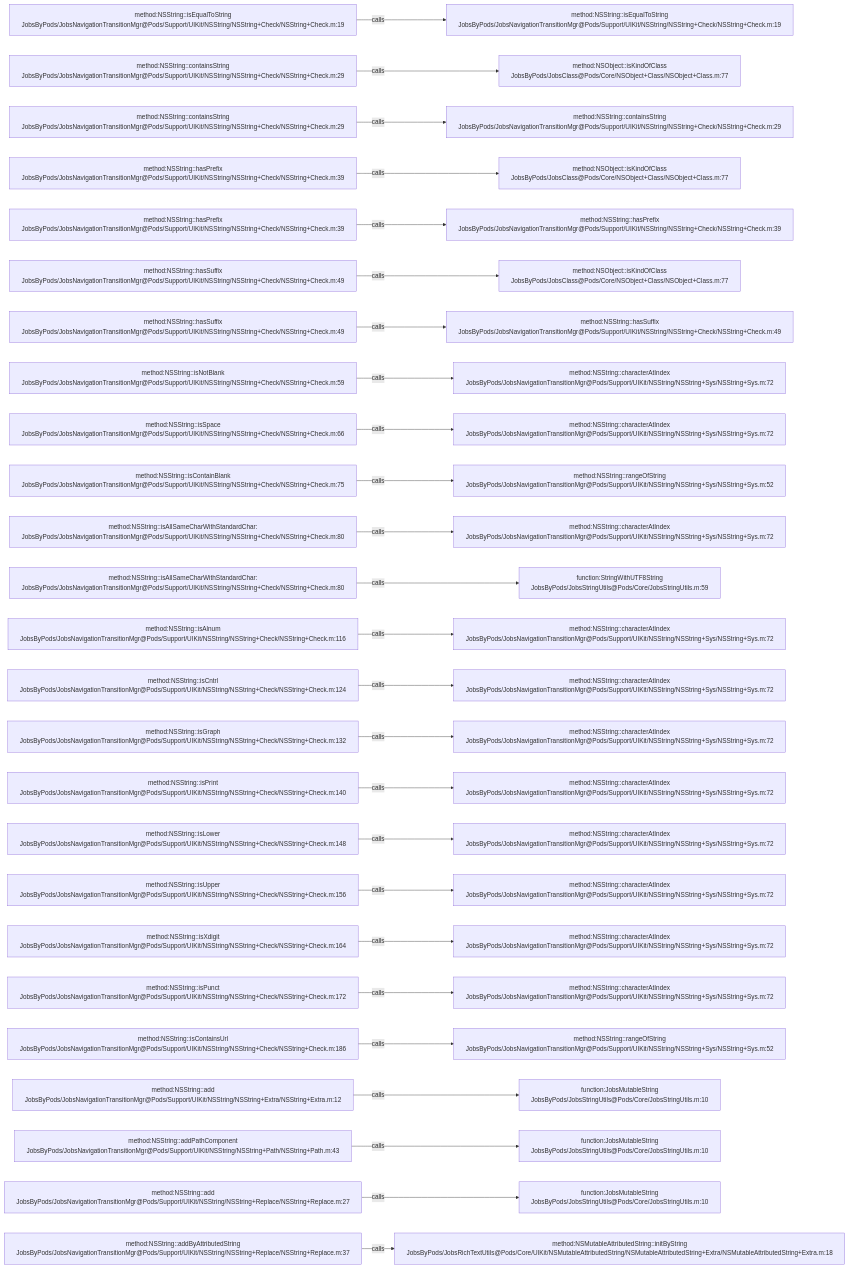
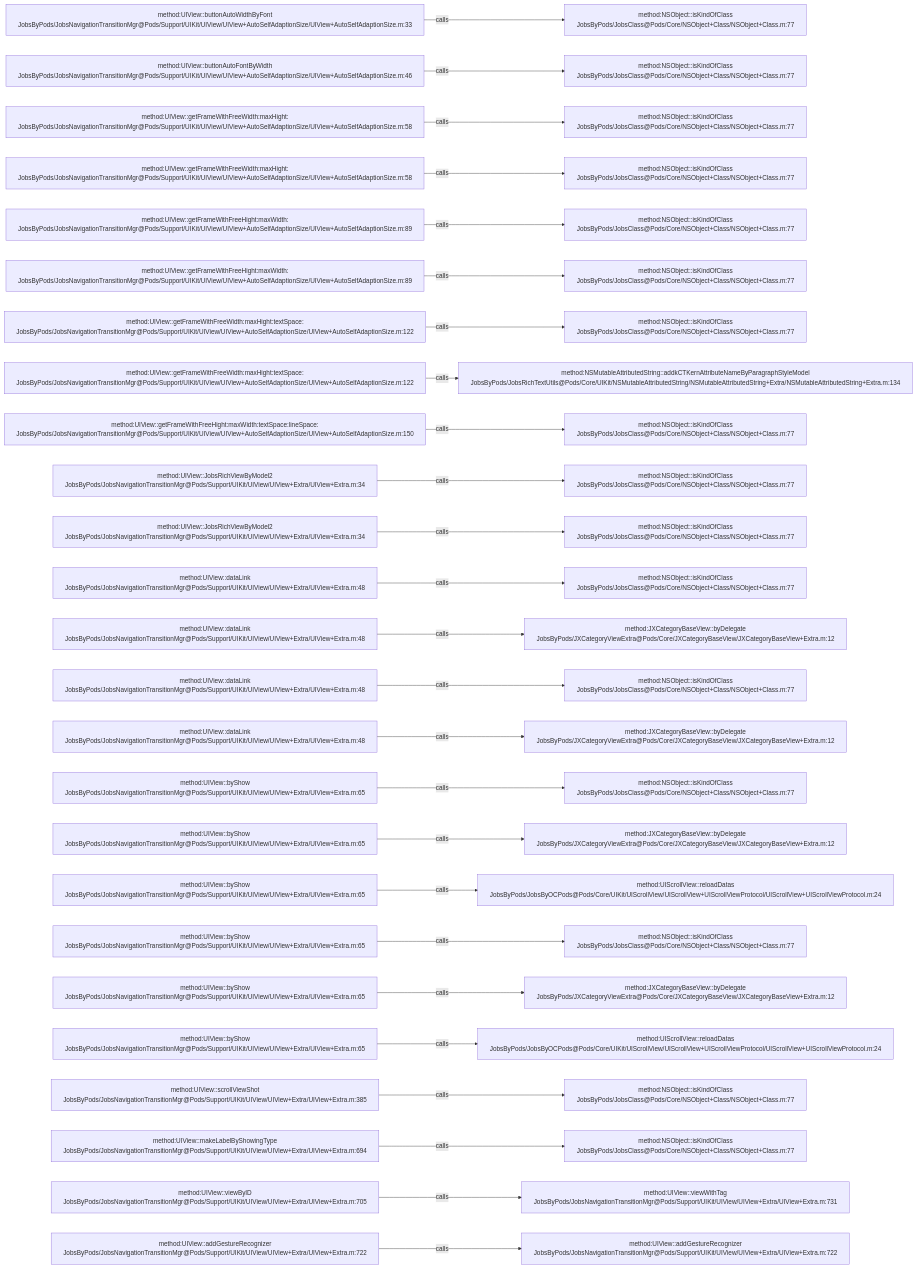
Before and after one commit to JobsKits/JobsOCBaseConfigDemo: the diagram in .codegraph/codegraph.md/graphs/calls-131.md, drawn with Mermaid. The commit also changed 639 other files, not shown here.

````diff
--- a/.codegraph/codegraph.md/graphs/calls-131.md
+++ b/.codegraph/codegraph.md/graphs/calls-131.md
@@ -13,78 +13,78 @@
 ```mermaid
 flowchart LR
-  S1["method:NSString::isEqualToString<br/>JobsByPods/JobsNavigationTransitionMgr@Pods/Support/UIKit/NSString/NSString+Check/NSString+Check.m:19"]
-  T1["method:NSString::isEqualToString<br/>JobsByPods/JobsNavigationTransitionMgr@Pods/Support/UIKit/NSString/NSString+Check/NSString+Check.m:19"]
+  S1["method:UIView::buttonAutoWidthByFont<br/>JobsByPods/JobsNavigationTransitionMgr@Pods/Support/UIKit/UIView/UIView+AutoSelfAdaptionSize/UIView+AutoSelfAdaptionSize.m:33"]
+  T1["method:NSObject::isKindOfClass<br/>JobsByPods/JobsClass@Pods/Core/NSObject+Class/NSObject+Class.m:77"]
   S1 -->|calls| T1
-  S2["method:NSString::containsString<br/>JobsByPods/JobsNavigationTransitionMgr@Pods/Support/UIKit/NSString/NSString+Check/NSString+Check.m:29"]
+  S2["method:UIView::buttonAutoFontByWidth<br/>JobsByPods/JobsNavigationTransitionMgr@Pods/Support/UIKit/UIView/UIView+AutoSelfAdaptionSize/UIView+AutoSelfAdaptionSize.m:46"]
   T2["method:NSObject::isKindOfClass<br/>JobsByPods/JobsClass@Pods/Core/NSObject+Class/NSObject+Class.m:77"]
   S2 -->|calls| T2
-  S3["method:NSString::containsString<br/>JobsByPods/JobsNavigationTransitionMgr@Pods/Support/UIKit/NSString/NSString+Check/NSString+Check.m:29"]
-  T3["method:NSString::containsString<br/>JobsByPods/JobsNavigationTransitionMgr@Pods/Support/UIKit/NSString/NSString+Check/NSString+Check.m:29"]
+  S3["method:UIView::getFrameWithFreeWidth:maxHight:<br/>JobsByPods/JobsNavigationTransitionMgr@Pods/Support/UIKit/UIView/UIView+AutoSelfAdaptionSize/UIView+AutoSelfAdaptionSize.m:58"]
+  T3["method:NSObject::isKindOfClass<br/>JobsByPods/JobsClass@Pods/Core/NSObject+Class/NSObject+Class.m:77"]
   S3 -->|calls| T3
-  S4["method:NSString::hasPrefix<br/>JobsByPods/JobsNavigationTransitionMgr@Pods/Support/UIKit/NSString/NSString+Check/NSString+Check.m:39"]
+  S4["method:UIView::getFrameWithFreeWidth:maxHight:<br/>JobsByPods/JobsNavigationTransitionMgr@Pods/Support/UIKit/UIView/UIView+AutoSelfAdaptionSize/UIView+AutoSelfAdaptionSize.m:58"]
   T4["method:NSObject::isKindOfClass<br/>JobsByPods/JobsClass@Pods/Core/NSObject+Class/NSObject+Class.m:77"]
   S4 -->|calls| T4
-  S5["method:NSString::hasPrefix<br/>JobsByPods/JobsNavigationTransitionMgr@Pods/Support/UIKit/NSString/NSString+Check/NSString+Check.m:39"]
-  T5["method:NSString::hasPrefix<br/>JobsByPods/JobsNavigationTransitionMgr@Pods/Support/UIKit/NSString/NSString+Check/NSString+Check.m:39"]
+  S5["method:UIView::getFrameWithFreeHight:maxWidth:<br/>JobsByPods/JobsNavigationTransitionMgr@Pods/Support/UIKit/UIView/UIView+AutoSelfAdaptionSize/UIView+AutoSelfAdaptionSize.m:89"]
+  T5["method:NSObject::isKindOfClass<br/>JobsByPods/JobsClass@Pods/Core/NSObject+Class/NSObject+Class.m:77"]
   S5 -->|calls| T5
-  S6["method:NSString::hasSuffix<br/>JobsByPods/JobsNavigationTransitionMgr@Pods/Support/UIKit/NSString/NSString+Check/NSString+Check.m:49"]
+  S6["method:UIView::getFrameWithFreeHight:maxWidth:<br/>JobsByPods/JobsNavigationTransitionMgr@Pods/Support/UIKit/UIView/UIView+AutoSelfAdaptionSize/UIView+AutoSelfAdaptionSize.m:89"]
   T6["method:NSObject::isKindOfClass<br/>JobsByPods/JobsClass@Pods/Core/NSObject+Class/NSObject+Class.m:77"]
   S6 -->|calls| T6
-  S7["method:NSString::hasSuffix<br/>JobsByPods/JobsNavigationTransitionMgr@Pods/Support/UIKit/NSString/NSString+Check/NSString+Check.m:49"]
-  T7["method:NSString::hasSuffix<br/>JobsByPods/JobsNavigationTransitionMgr@Pods/Support/UIKit/NSString/NSString+Check/NSString+Check.m:49"]
+  S7["method:UIView::getFrameWithFreeWidth:maxHight:textSpace:<br/>JobsByPods/JobsNavigationTransitionMgr@Pods/Support/UIKit/UIView/UIView+AutoSelfAdaptionSize/UIView+AutoSelfAdaptionSize.m:122"]
+  T7["method:NSObject::isKindOfClass<br/>JobsByPods/JobsClass@Pods/Core/NSObject+Class/NSObject+Class.m:77"]
   S7 -->|calls| T7
-  S8["method:NSString::isNotBlank<br/>JobsByPods/JobsNavigationTransitionMgr@Pods/Support/UIKit/NSString/NSString+Check/NSString+Check.m:59"]
-  T8["method:NSString::characterAtIndex<br/>JobsByPods/JobsNavigationTransitionMgr@Pods/Support/UIKit/NSString/NSString+Sys/NSString+Sys.m:72"]
+  S8["method:UIView::getFrameWithFreeWidth:maxHight:textSpace:<br/>JobsByPods/JobsNavigationTransitionMgr@Pods/Support/UIKit/UIView/UIView+AutoSelfAdaptionSize/UIView+AutoSelfAdaptionSize.m:122"]
+  T8["method:NSMutableAttributedString::addkCTKernAttributeNameByParagraphStyleModel<br/>JobsByPods/JobsRichTextUtils@Pods/Core/UIKit/NSMutableAttributedString/NSMutableAttributedString+Extra/NSMutableAttributedString+Extra.m:134"]
   S8 -->|calls| T8
-  S9["method:NSString::isSpace<br/>JobsByPods/JobsNavigationTransitionMgr@Pods/Support/UIKit/NSString/NSString+Check/NSString+Check.m:66"]
-  T9["method:NSString::characterAtIndex<br/>JobsByPods/JobsNavigationTransitionMgr@Pods/Support/UIKit/NSString/NSString+Sys/NSString+Sys.m:72"]
+  S9["method:UIView::getFrameWithFreeHight:maxWidth:textSpace:lineSpace:<br/>JobsByPods/JobsNavigationTransitionMgr@Pods/Support/UIKit/UIView/UIView+AutoSelfAdaptionSize/UIView+AutoSelfAdaptionSize.m:150"]
+  T9["method:NSObject::isKindOfClass<br/>JobsByPods/JobsClass@Pods/Core/NSObject+Class/NSObject+Class.m:77"]
   S9 -->|calls| T9
-  S10["method:NSString::isContainBlank<br/>JobsByPods/JobsNavigationTransitionMgr@Pods/Support/UIKit/NSString/NSString+Check/NSString+Check.m:75"]
-  T10["method:NSString::rangeOfString<br/>JobsByPods/JobsNavigationTransitionMgr@Pods/Support/UIKit/NSString/NSString+Sys/NSString+Sys.m:52"]
+  S10["method:UIView::JobsRichViewByModel2<br/>JobsByPods/JobsNavigationTransitionMgr@Pods/Support/UIKit/UIView/UIView+Extra/UIView+Extra.m:34"]
+  T10["method:NSObject::isKindOfClass<br/>JobsByPods/JobsClass@Pods/Core/NSObject+Class/NSObject+Class.m:77"]
   S10 -->|calls| T10
-  S11["method:NSString::isAllSameCharWithStandardChar:<br/>JobsByPods/JobsNavigationTransitionMgr@Pods/Support/UIKit/NSString/NSString+Check/NSString+Check.m:80"]
-  T11["method:NSString::characterAtIndex<br/>JobsByPods/JobsNavigationTransitionMgr@Pods/Support/UIKit/NSString/NSString+Sys/NSString+Sys.m:72"]
+  S11["method:UIView::JobsRichViewByModel2<br/>JobsByPods/JobsNavigationTransitionMgr@Pods/Support/UIKit/UIView/UIView+Extra/UIView+Extra.m:34"]
+  T11["method:NSObject::isKindOfClass<br/>JobsByPods/JobsClass@Pods/Core/NSObject+Class/NSObject+Class.m:77"]
   S11 -->|calls| T11
-  S12["method:NSString::isAllSameCharWithStandardChar:<br/>JobsByPods/JobsNavigationTransitionMgr@Pods/Support/UIKit/NSString/NSString+Check/NSString+Check.m:80"]
-  T12["function:StringWithUTF8String<br/>JobsByPods/JobsStringUtils@Pods/Core/JobsStringUtils.m:59"]
+  S12["method:UIView::dataLink<br/>JobsByPods/JobsNavigationTransitionMgr@Pods/Support/UIKit/UIView/UIView+Extra/UIView+Extra.m:48"]
+  T12["method:NSObject::isKindOfClass<br/>JobsByPods/JobsClass@Pods/Core/NSObject+Class/NSObject+Class.m:77"]
   S12 -->|calls| T12
-  S13["method:NSString::isAlnum<br/>JobsByPods/JobsNavigationTransitionMgr@Pods/Support/UIKit/NSString/NSString+Check/NSString+Check.m:116"]
-  T13["method:NSString::characterAtIndex<br/>JobsByPods/JobsNavigationTransitionMgr@Pods/Support/UIKit/NSString/NSString+Sys/NSString+Sys.m:72"]
+  S13["method:UIView::dataLink<br/>JobsByPods/JobsNavigationTransitionMgr@Pods/Support/UIKit/UIView/UIView+Extra/UIView+Extra.m:48"]
+  T13["method:JXCategoryBaseView::byDelegate<br/>JobsByPods/JXCategoryViewExtra@Pods/Core/JXCategoryBaseView/JXCategoryBaseView+Extra.m:12"]
   S13 -->|calls| T13
-  S14["method:NSString::isCntrl<br/>JobsByPods/JobsNavigationTransitionMgr@Pods/Support/UIKit/NSString/NSString+Check/NSString+Check.m:124"]
-  T14["method:NSString::characterAtIndex<br/>JobsByPods/JobsNavigationTransitionMgr@Pods/Support/UIKit/NSString/NSString+Sys/NSString+Sys.m:72"]
+  S14["method:UIView::dataLink<br/>JobsByPods/JobsNavigationTransitionMgr@Pods/Support/UIKit/UIView/UIView+Extra/UIView+Extra.m:48"]
+  T14["method:NSObject::isKindOfClass<br/>JobsByPods/JobsClass@Pods/Core/NSObject+Class/NSObject+Class.m:77"]
   S14 -->|calls| T14
-  S15["method:NSString::isGraph<br/>JobsByPods/JobsNavigationTransitionMgr@Pods/Support/UIKit/NSString/NSString+Check/NSString+Check.m:132"]
-  T15["method:NSString::characterAtIndex<br/>JobsByPods/JobsNavigationTransitionMgr@Pods/Support/UIKit/NSString/NSString+Sys/NSString+Sys.m:72"]
+  S15["method:UIView::dataLink<br/>JobsByPods/JobsNavigationTransitionMgr@Pods/Support/UIKit/UIView/UIView+Extra/UIView+Extra.m:48"]
+  T15["method:JXCategoryBaseView::byDelegate<br/>JobsByPods/JXCategoryViewExtra@Pods/Core/JXCategoryBaseView/JXCategoryBaseView+Extra.m:12"]
   S15 -->|calls| T15
-  S16["method:NSString::isPrint<br/>JobsByPods/JobsNavigationTransitionMgr@Pods/Support/UIKit/NSString/NSString+Check/NSString+Check.m:140"]
-  T16["method:NSString::characterAtIndex<br/>JobsByPods/JobsNavigationTransitionMgr@Pods/Support/UIKit/NSString/NSString+Sys/NSString+Sys.m:72"]
+  S16["method:UIView::byShow<br/>JobsByPods/JobsNavigationTransitionMgr@Pods/Support/UIKit/UIView/UIView+Extra/UIView+Extra.m:65"]
+  T16["method:NSObject::isKindOfClass<br/>JobsByPods/JobsClass@Pods/Core/NSObject+Class/NSObject+Class.m:77"]
   S16 -->|calls| T16
-  S17["method:NSString::isLower<br/>JobsByPods/JobsNavigationTransitionMgr@Pods/Support/UIKit/NSString/NSString+Check/NSString+Check.m:148"]
-  T17["method:NSString::characterAtIndex<br/>JobsByPods/JobsNavigationTransitionMgr@Pods/Support/UIKit/NSString/NSString+Sys/NSString+Sys.m:72"]
+  S17["method:UIView::byShow<br/>JobsByPods/JobsNavigationTransitionMgr@Pods/Support/UIKit/UIView/UIView+Extra/UIView+Extra.m:65"]
+  T17["method:JXCategoryBaseView::byDelegate<br/>JobsByPods/JXCategoryViewExtra@Pods/Core/JXCategoryBaseView/JXCategoryBaseView+Extra.m:12"]
   S17 -->|calls| T17
-  S18["method:NSString::isUpper<br/>JobsByPods/JobsNavigationTransitionMgr@Pods/Support/UIKit/NSString/NSString+Check/NSString+Check.m:156"]
-  T18["method:NSString::characterAtIndex<br/>JobsByPods/JobsNavigationTransitionMgr@Pods/Support/UIKit/NSString/NSString+Sys/NSString+Sys.m:72"]
+  S18["method:UIView::byShow<br/>JobsByPods/JobsNavigationTransitionMgr@Pods/Support/UIKit/UIView/UIView+Extra/UIView+Extra.m:65"]
+  T18["method:UIScrollView::reloadDatas<br/>JobsByPods/JobsByOCPods@Pods/Core/UIKit/UIScrollView/UIScrollView+UIScrollViewProtocol/UIScrollView+UIScrollViewProtocol.m:24"]
   S18 -->|calls| T18
-  S19["method:NSString::isXdigit<br/>JobsByPods/JobsNavigationTransitionMgr@Pods/Support/UIKit/NSString/NSString+Check/NSString+Check.m:164"]
-  T19["method:NSString::characterAtIndex<br/>JobsByPods/JobsNavigationTransitionMgr@Pods/Support/UIKit/NSString/NSString+Sys/NSString+Sys.m:72"]
+  S19["method:UIView::byShow<br/>JobsByPods/JobsNavigationTransitionMgr@Pods/Support/UIKit/UIView/UIView+Extra/UIView+Extra.m:65"]
+  T19["method:NSObject::isKindOfClass<br/>JobsByPods/JobsClass@Pods/Core/NSObject+Class/NSObject+Class.m:77"]
   S19 -->|calls| T19
-  S20["method:NSString::isPunct<br/>JobsByPods/JobsNavigationTransitionMgr@Pods/Support/UIKit/NSString/NSString+Check/NSString+Check.m:172"]
-  T20["method:NSString::characterAtIndex<br/>JobsByPods/JobsNavigationTransitionMgr@Pods/Support/UIKit/NSString/NSString+Sys/NSString+Sys.m:72"]
+  S20["method:UIView::byShow<br/>JobsByPods/JobsNavigationTransitionMgr@Pods/Support/UIKit/UIView/UIView+Extra/UIView+Extra.m:65"]
+  T20["method:JXCategoryBaseView::byDelegate<br/>JobsByPods/JXCategoryViewExtra@Pods/Core/JXCategoryBaseView/JXCategoryBaseView+Extra.m:12"]
   S20 -->|calls| T20
-  S21["method:NSString::isContainsUrl<br/>JobsByPods/JobsNavigationTransitionMgr@Pods/Support/UIKit/NSString/NSString+Check/NSString+Check.m:186"]
-  T21["method:NSString::rangeOfString<br/>JobsByPods/JobsNavigationTransitionMgr@Pods/Support/UIKit/NSString/NSString+Sys/NSString+Sys.m:52"]
+  S21["method:UIView::byShow<br/>JobsByPods/JobsNavigationTransitionMgr@Pods/Support/UIKit/UIView/UIView+Extra/UIView+Extra.m:65"]
+  T21["method:UIScrollView::reloadDatas<br/>JobsByPods/JobsByOCPods@Pods/Core/UIKit/UIScrollView/UIScrollView+UIScrollViewProtocol/UIScrollView+UIScrollViewProtocol.m:24"]
   S21 -->|calls| T21
-  S22["method:NSString::add<br/>JobsByPods/JobsNavigationTransitionMgr@Pods/Support/UIKit/NSString/NSString+Extra/NSString+Extra.m:12"]
-  T22["function:JobsMutableString<br/>JobsByPods/JobsStringUtils@Pods/Core/JobsStringUtils.m:10"]
+  S22["method:UIView::scrollViewShot<br/>JobsByPods/JobsNavigationTransitionMgr@Pods/Support/UIKit/UIView/UIView+Extra/UIView+Extra.m:385"]
+  T22["method:NSObject::isKindOfClass<br/>JobsByPods/JobsClass@Pods/Core/NSObject+Class/NSObject+Class.m:77"]
   S22 -->|calls| T22
-  S23["method:NSString::addPathComponent<br/>JobsByPods/JobsNavigationTransitionMgr@Pods/Support/UIKit/NSString/NSString+Path/NSString+Path.m:43"]
-  T23["function:JobsMutableString<br/>JobsByPods/JobsStringUtils@Pods/Core/JobsStringUtils.m:10"]
+  S23["method:UIView::makeLabelByShowingType<br/>JobsByPods/JobsNavigationTransitionMgr@Pods/Support/UIKit/UIView/UIView+Extra/UIView+Extra.m:694"]
+  T23["method:NSObject::isKindOfClass<br/>JobsByPods/JobsClass@Pods/Core/NSObject+Class/NSObject+Class.m:77"]
   S23 -->|calls| T23
-  S24["method:NSString::add<br/>JobsByPods/JobsNavigationTransitionMgr@Pods/Support/UIKit/NSString/NSString+Replace/NSString+Replace.m:27"]
-  T24["function:JobsMutableString<br/>JobsByPods/JobsStringUtils@Pods/Core/JobsStringUtils.m:10"]
+  S24["method:UIView::viewByID<br/>JobsByPods/JobsNavigationTransitionMgr@Pods/Support/UIKit/UIView/UIView+Extra/UIView+Extra.m:705"]
+  T24["method:UIView::viewWithTag<br/>JobsByPods/JobsNavigationTransitionMgr@Pods/Support/UIKit/UIView/UIView+Extra/UIView+Extra.m:731"]
   S24 -->|calls| T24
-  S25["method:NSString::addByAttributedString<br/>JobsByPods/JobsNavigationTransitionMgr@Pods/Support/UIKit/NSString/NSString+Replace/NSString+Replace.m:37"]
-  T25["method:NSMutableAttributedString::initByString<br/>JobsByPods/JobsRichTextUtils@Pods/Core/UIKit/NSMutableAttributedString/NSMutableAttributedString+Extra/NSMutableAttributedString+Extra.m:18"]
+  S25["method:UIView::addGestureRecognizer<br/>JobsByPods/JobsNavigationTransitionMgr@Pods/Support/UIKit/UIView/UIView+Extra/UIView+Extra.m:722"]
+  T25["method:UIView::addGestureRecognizer<br/>JobsByPods/JobsNavigationTransitionMgr@Pods/Support/UIKit/UIView/UIView+Extra/UIView+Extra.m:722"]
   S25 -->|calls| T25
 ```
````
